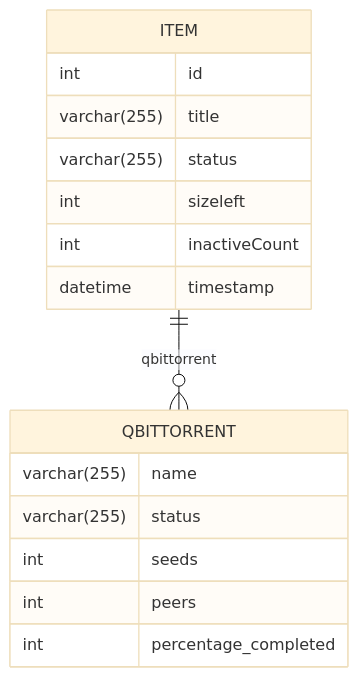
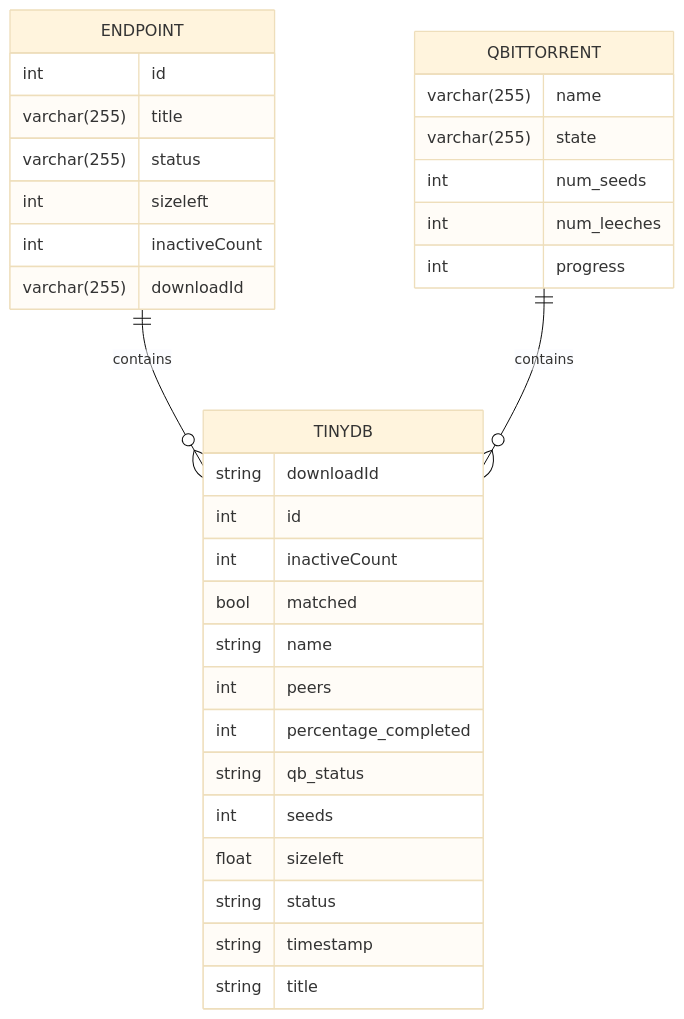
The second of 2 diagrams in readme.md (czer323/TidyArr), drawn with Mermaid (base theme) before and after one commit. The commit also changed other lines of this file and 3 other files, not shown here.

````diff
--- a/readme.md
+++ b/readme.md
@@ -19,19 +187,35 @@
 ```mermaid
 erDiagram
-    ITEM {
+    ENDPOINT {
         int id
         varchar(255) title
         varchar(255) status
         int sizeleft
         int inactiveCount
-        datetime timestamp
+        varchar(255) downloadId
     }
     QBITTORRENT {
         varchar(255) name
-        varchar(255) status
-        int seeds
+        varchar(255) state
+        int num_seeds
+        int num_leeches
+        int progress
+    }
+    TINYDB {
+        string downloadId
+        int id
+        int inactiveCount
+        bool matched
+        string name
         int peers
         int percentage_completed
+        string qb_status
+        int seeds
+        float sizeleft
+        string status
+        string timestamp
+        string title
     }
-    ITEM ||--o{ QBITTORRENT : qbittorrent
+    ENDPOINT ||--o{ TINYDB : contains
+    QBITTORRENT ||--o{ TINYDB : contains
 ```
````
